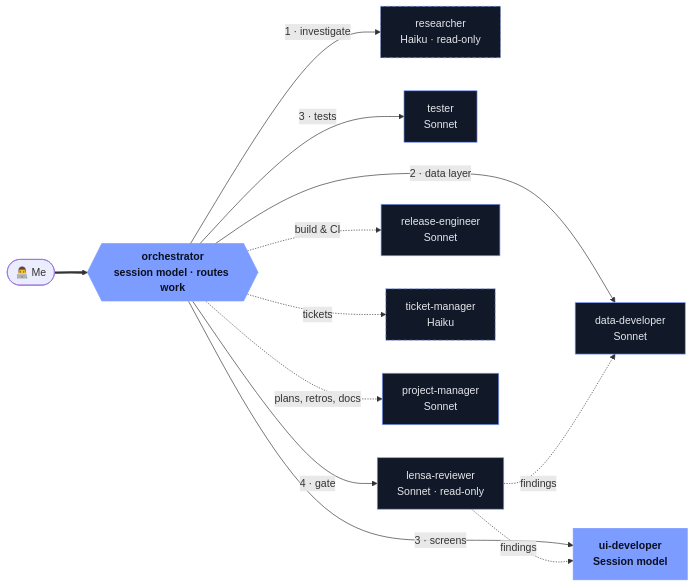
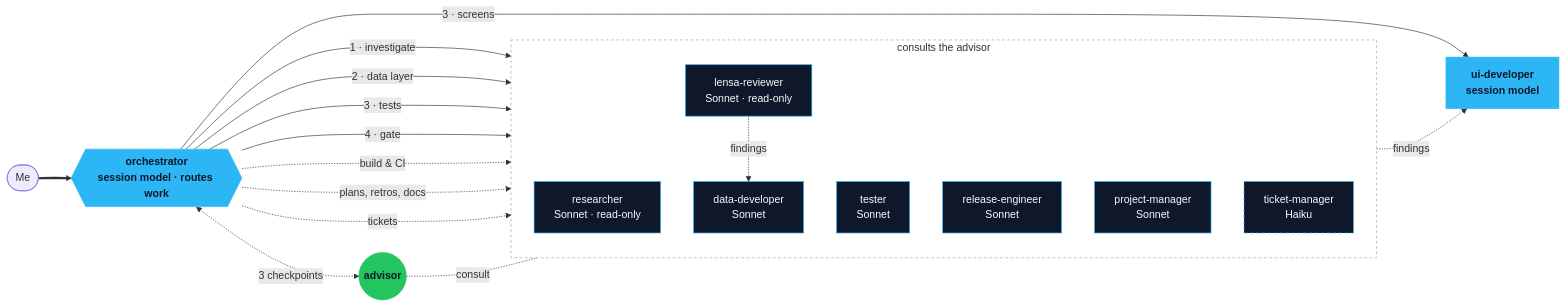
One commit to abdur-rohman/abdur-rohman changed the diagram in README.md. Above: the diagram before and after it, drawn with Mermaid. The commit also changed other lines of this file, not shown here.

````diff
--- a/README.md
+++ b/README.md
@@ -67,21 +69,36 @@
 ```mermaid
 flowchart LR
-    Me([👨‍💻 Me]) ==> O{{orchestrator<br/>session model · routes work}}:::opus
+    Me([Me]) ==> O{{orchestrator<br/>session model · routes work}}:::session
+    O <-.->|3 checkpoints| A((advisor)):::advisor
 
-    O -->|1 · investigate| R[researcher<br/>Haiku · read-only]:::haiku
-    O -->|2 · data layer| DD[data-developer<br/>Sonnet]:::sonnet
-    O -->|3 · screens| UI[ui-developer<br/>Session model]:::opus
-    O -->|3 · tests| T[tester<br/>Sonnet]:::sonnet
-    O -->|4 · gate| L[lensa-reviewer<br/>Sonnet · read-only]:::sonnet
+    O -->|3 · screens| UI[ui-developer<br/>session model]:::session
 
-    O -.->|build & CI| RE[release-engineer<br/>Sonnet]:::sonnet
-    O -.->|tickets| TM[ticket-manager<br/>Haiku]:::haiku
-    O -.->|plans, retros, docs| PM[project-manager<br/>Sonnet]:::sonnet
+    subgraph ADV [consults the advisor]
+        direction TB
+        R[researcher<br/>Sonnet · read-only]:::sonnet
+        DD[data-developer<br/>Sonnet]:::sonnet
+        T[tester<br/>Sonnet]:::sonnet
+        L[lensa-reviewer<br/>Sonnet · read-only]:::sonnet
+        RE[release-engineer<br/>Sonnet]:::sonnet
+        PM[project-manager<br/>Sonnet]:::sonnet
+        TM[ticket-manager<br/>Haiku]:::haiku
+    end
 
+    O -->|1 · investigate| R
+    O -->|2 · data layer| DD
+    O -->|3 · tests| T
+    O -->|4 · gate| L
+    O -.->|build & CI| RE
+    O -.->|plans, retros, docs| PM
+    O -.->|tickets| TM
+
+    A -.-|consult| ADV
     L -. findings .-> UI
     L -. findings .-> DD
 
-    classDef opus fill:#7c9cff,stroke:#7c9cff,color:#0b1020,font-weight:bold
-    classDef sonnet fill:#111827,stroke:#7c9cff,color:#e5e7eb
-    classDef haiku fill:#111827,stroke:#7c9cff,color:#e5e7eb,stroke-dasharray:5 4
+    classDef session fill:#2CB6F6,stroke:#2CB6F6,color:#0F172A,font-weight:bold
+    classDef sonnet fill:#0F172A,stroke:#2CB6F6,color:#F8FAFC
+    classDef haiku fill:#0F172A,stroke:#2CB6F6,color:#F8FAFC,stroke-dasharray:5 4
+    classDef advisor fill:#22C55E,stroke:#22C55E,color:#0F172A,font-weight:bold
+    style ADV fill:none,stroke:#94A3B8,stroke-dasharray:4 4
 ```
````
